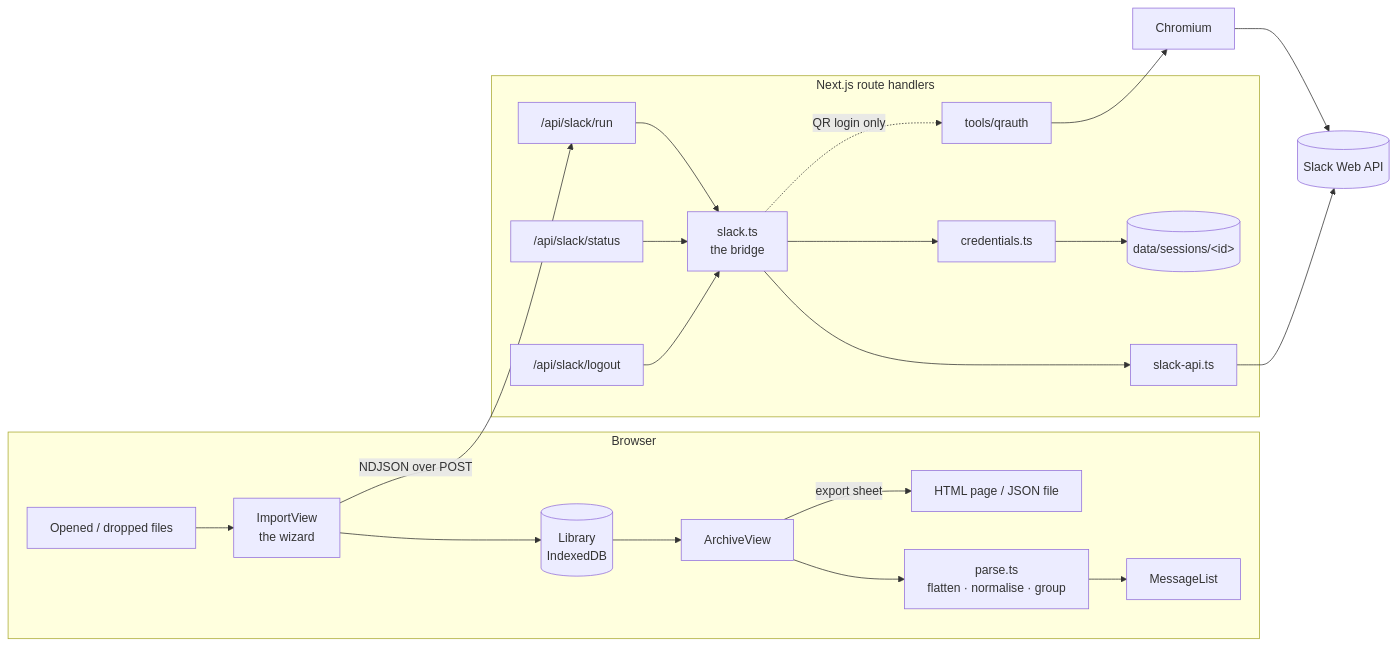
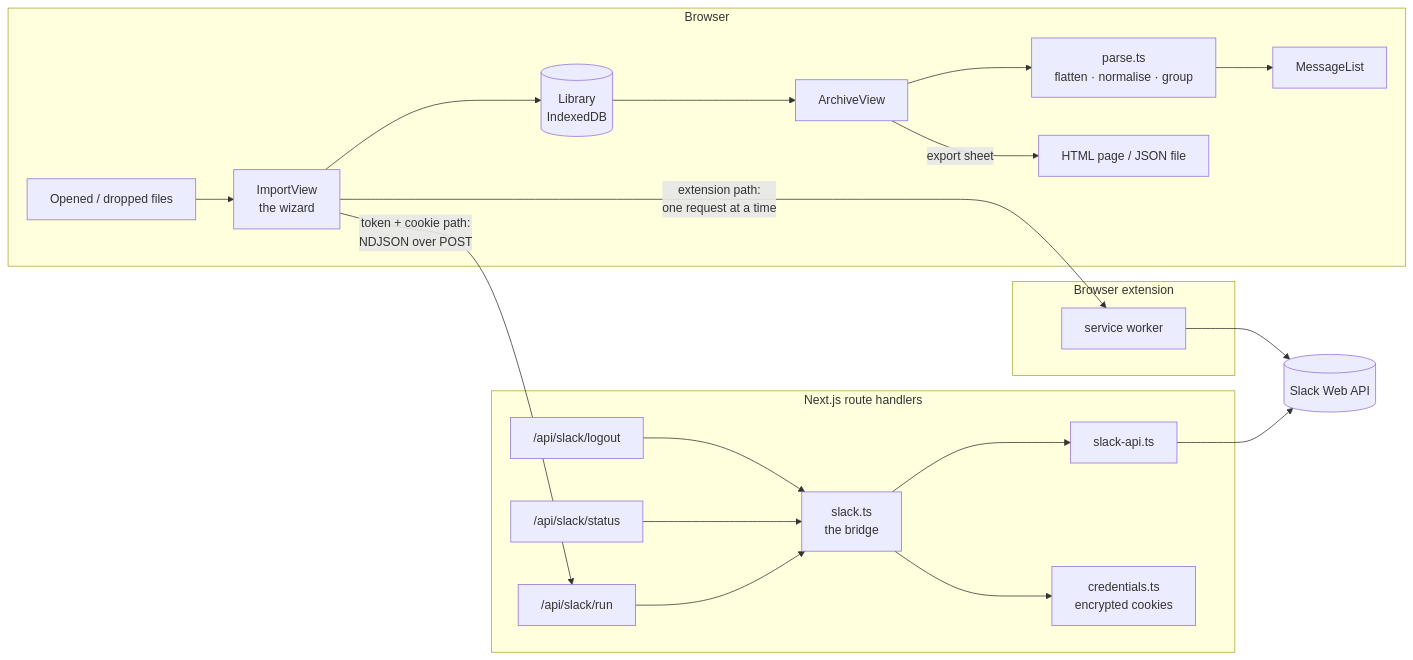
The first of 2 diagrams in docs/architecture.md (amine-abdelli/slack-json-viewer), drawn with Mermaid before and after one commit. The commit also changed other lines of this file and 46 other files, not shown here.

````diff
--- a/docs/architecture.md
+++ b/docs/architecture.md
@@ -18,25 +18,28 @@
 ```mermaid
 flowchart LR
   subgraph Browser
     F[Opened / dropped files] --> IV[ImportView<br/>the wizard]
     IV --> L[("Library<br/>IndexedDB")]
     L --> AV[ArchiveView]
     AV --> P[parse.ts<br/>flatten · normalise · group]
     P --> ML[MessageList]
     AV -- export sheet --> X[HTML page / JSON file]
   end
 
   subgraph Server["Next.js route handlers"]
     RUN["/api/slack/run"] --> B[slack.ts<br/>the bridge]
     ST["/api/slack/status"] --> B
     LO["/api/slack/logout"] --> B
     B --> API[slack-api.ts]
-    B --> CR[credentials.ts]
-    CR --> D[("data/sessions/&lt;id&gt;")]
-    B -. QR login only .-> Q[tools/qrauth]
+    B --> CR[credentials.ts<br/>encrypted cookies]
   end
 
-  IV -- "NDJSON over POST" --> RUN
+  subgraph Ext["Browser extension"]
+    SW[service worker]
+  end
+
+  IV -- "token + cookie path:<br/>NDJSON over POST" --> RUN
+  IV -- "extension path:<br/>one request at a time" --> SW
   API --> S[(Slack Web API)]
-  Q --> C[Chromium] --> S
+  SW --> S
 ```
````
